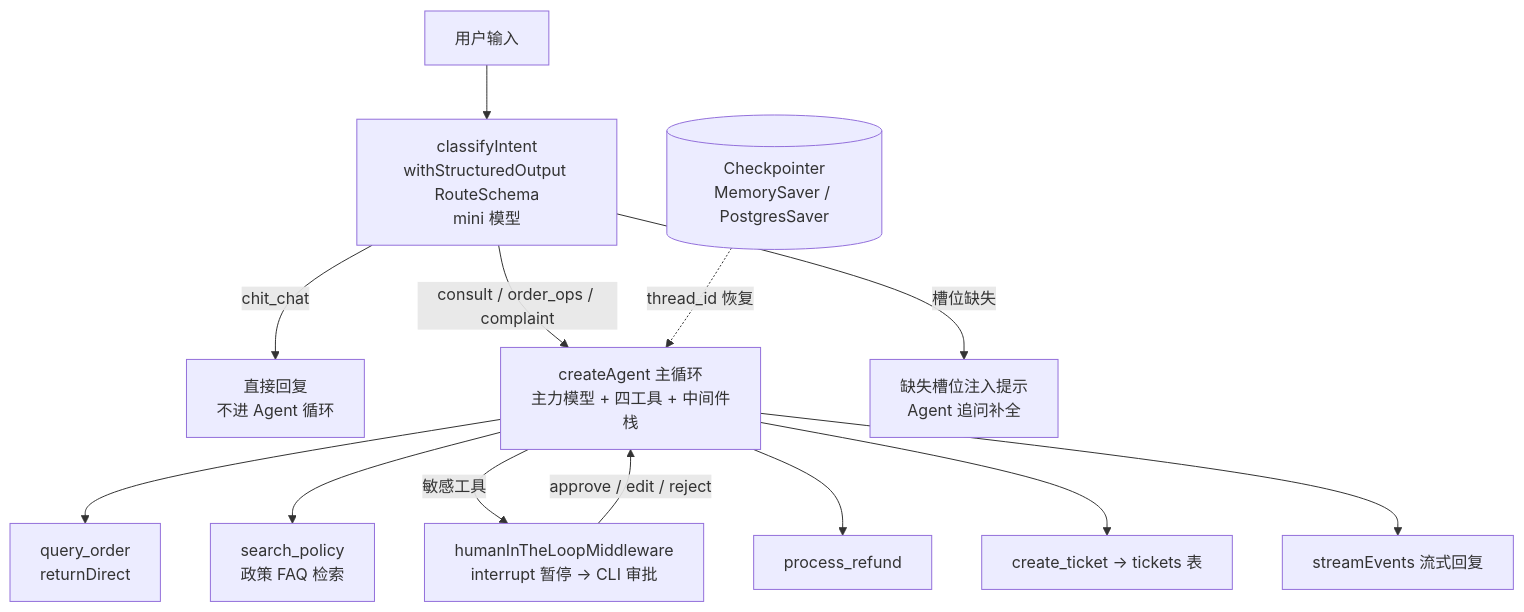
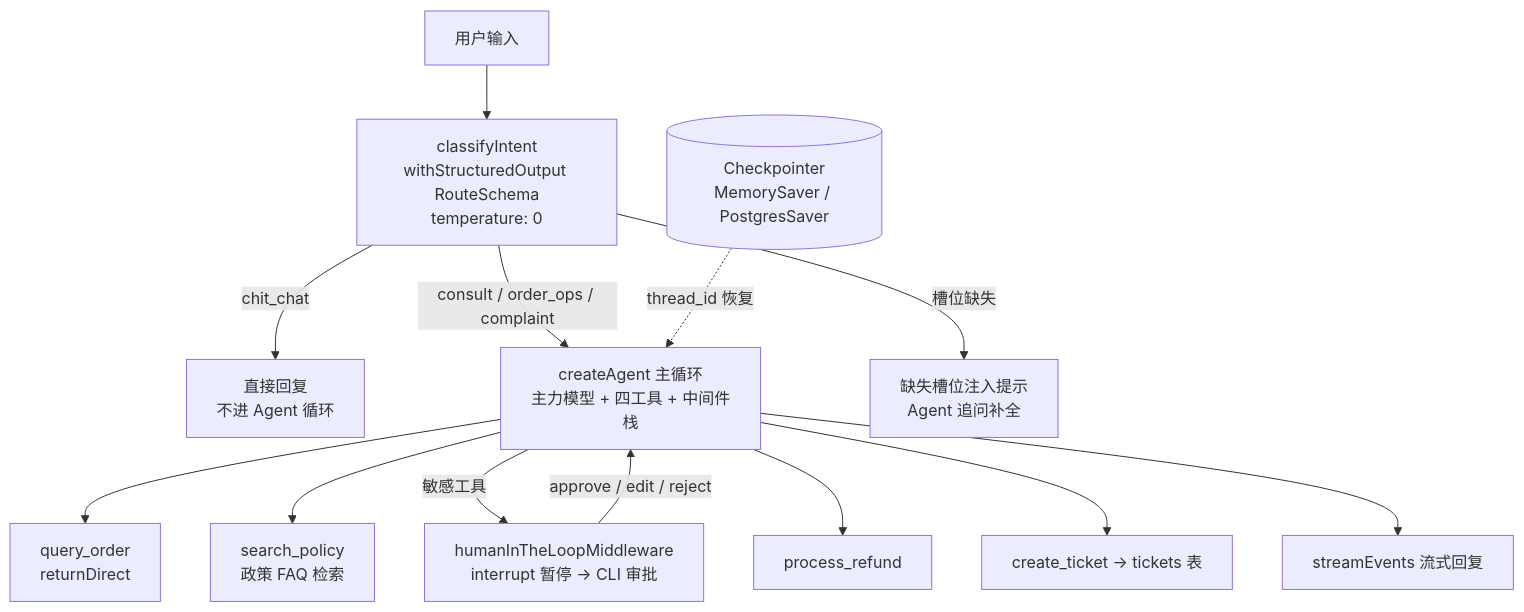
The diagram in src/artificial-intelligence/agent/agent-fullstack/projects/02-customer-service/README.md (belos-street/kb-vault), drawn with Mermaid before and after one commit. The commit also changed other lines of this file and 3 other files, not shown here.

````diff
--- a/src/artificial-intelligence/agent/agent-fullstack/projects/02-customer-service/README.md
+++ b/src/artificial-intelligence/agent/agent-fullstack/projects/02-customer-service/README.md
@@ -78,15 +78,15 @@
 ```mermaid
 flowchart TB
-    U[用户输入] --> C[classifyIntent<br/>withStructuredOutput RouteSchema<br/>mini 模型]
+    U[用户输入] --> C[classifyIntent<br/>withStructuredOutput RouteSchema<br/>temperature: 0]
     C -->|chit_chat| D[直接回复<br/>不进 Agent 循环]
     C -->|consult / order_ops / complaint| A[createAgent 主循环<br/>主力模型 + 四工具 + 中间件栈]
     C -->|槽位缺失| ASK[缺失槽位注入提示<br/>Agent 追问补全]
     A --> T1[query_order<br/>returnDirect]
     A --> T2[search_policy<br/>政策 FAQ 检索]
     A -->|敏感工具| HITL[humanInTheLoopMiddleware<br/>interrupt 暂停 → CLI 审批]
     HITL -->|approve / edit / reject| A
     A --> T3[process_refund]
     A --> T4[create_ticket → tickets 表]
     A --> OUT[streamEvents 流式回复]
     CK[(Checkpointer<br/>MemorySaver / PostgresSaver)] -.thread_id 恢复.-> A
 ```
````
